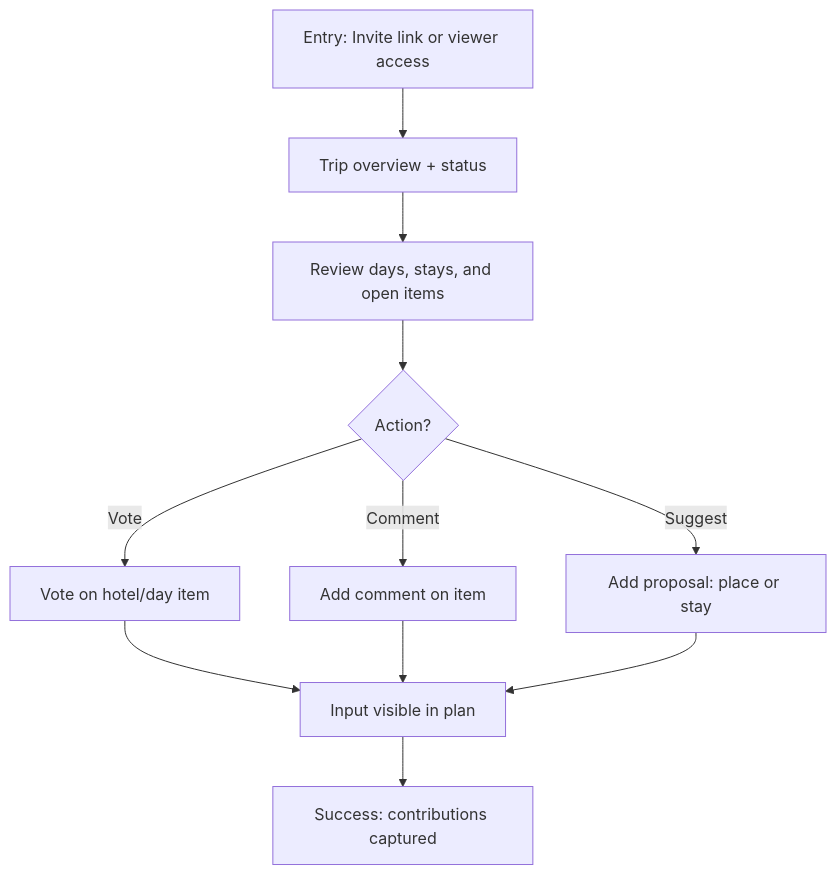
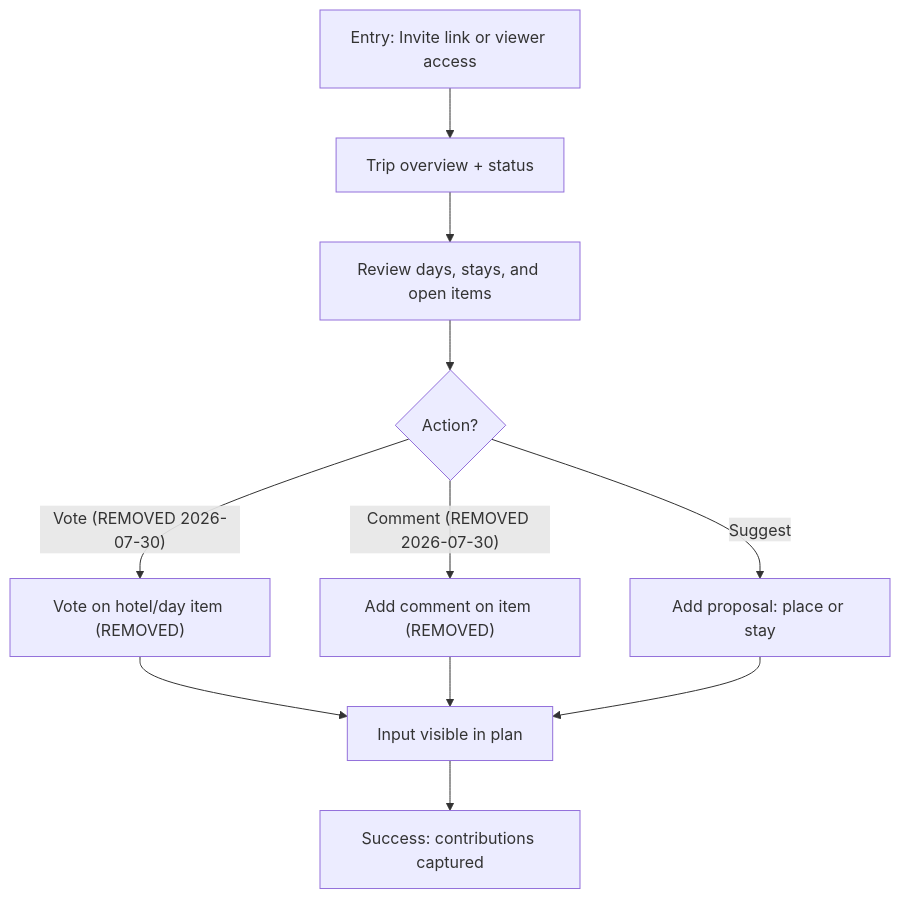
Before and after one commit to dreyer-thomas/TravelPlan: the third of 3 diagrams in _bmad-output/planning-artifacts/ux-design-specification.md, drawn with Mermaid. The commit also changed other lines of this file and 64 other files, not shown here.

````diff
--- a/_bmad-output/planning-artifacts/ux-design-specification.md
+++ b/_bmad-output/planning-artifacts/ux-design-specification.md
@@ -284,13 +287,13 @@
 ```mermaid
 flowchart TD
   A[Entry: Invite link or viewer access] --> B[Trip overview + status]
   B --> C[Review days, stays, and open items]
   C --> D{Action?}
-  D -- Vote --> E[Vote on hotel/day item]
-  D -- Comment --> F[Add comment on item]
+  D -- "Vote (REMOVED 2026-07-30)" --> E["Vote on hotel/day item (REMOVED)"]
+  D -- "Comment (REMOVED 2026-07-30)" --> F["Add comment on item (REMOVED)"]
   D -- Suggest --> G[Add proposal: place or stay]
   E --> H[Input visible in plan]
   F --> H
   G --> H
   H --> I[Success: contributions captured]
 ```
````
